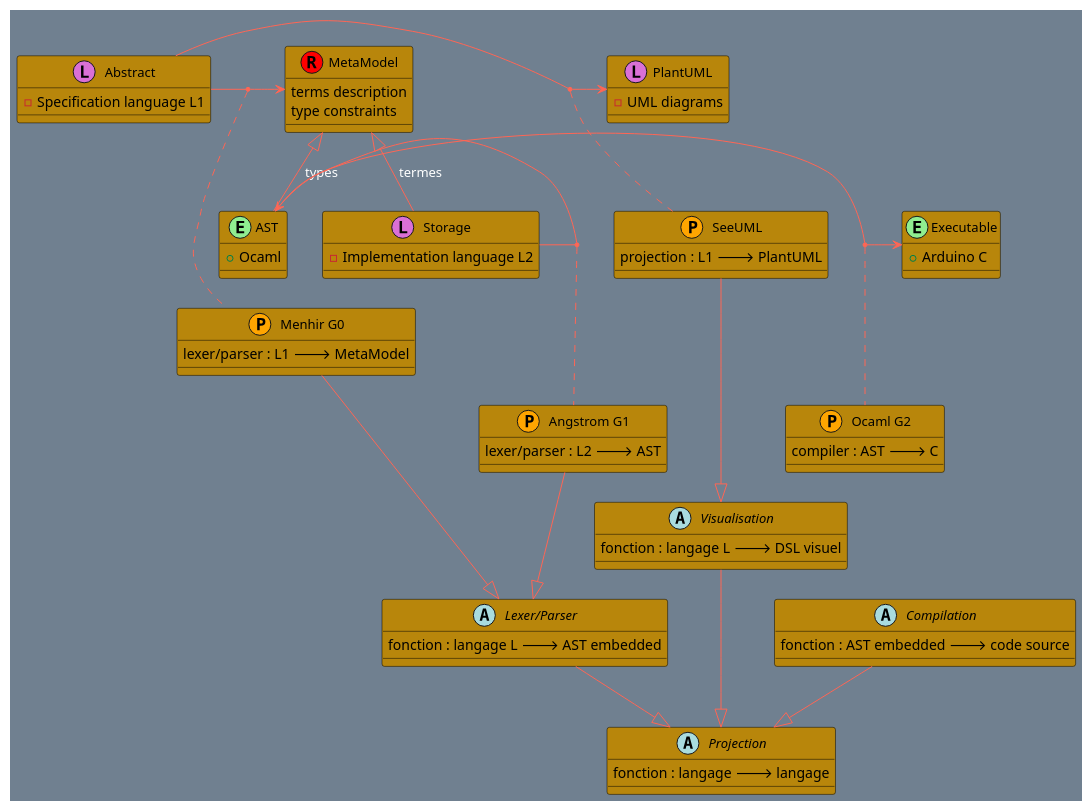
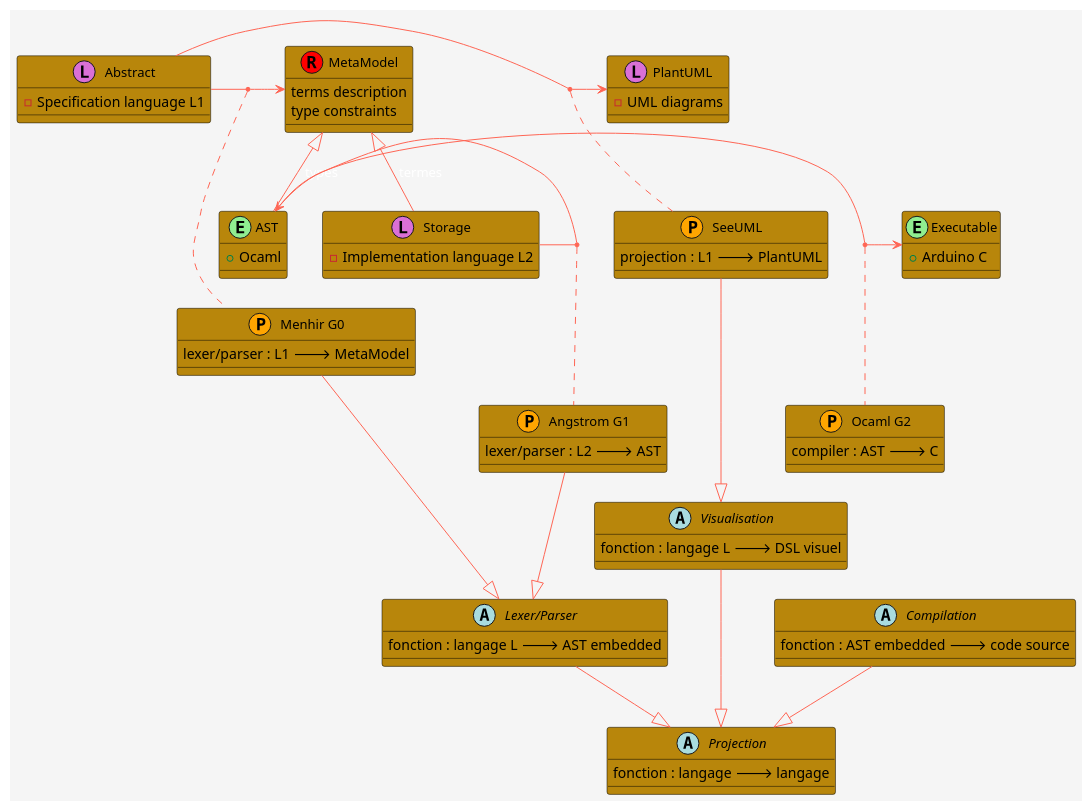
The diagram in lab_1/_code/step7/model-gen-model.puml (gliboc/sec-labs), drawn with PlantUML before and after one commit. The commit also changed 1 other file, not shown here.

Commit message:
Fix UML color

```diff
--- a/lab_1/_code/step7/model-gen-model.puml
+++ b/lab_1/_code/step7/model-gen-model.puml
@@ -1,106 +1,106 @@
 @startuml
 
-skinparam BackgroundColor SlateGray
+skinparam BackgroundColor  WhiteSmoke
 
 skinparam class {
 FontSize 13
 BackgroundColor<<Apache>> Red
 BorderColor<<Apache>> #FF6655
 FontName Droid Sans
 BorderColor black
 BackgroundColor DarkGoldenRod
 ArrowFontName Fira Code
 ArrowColor #FF6655
 ArrowFontColor #FFFFFF
 }
 
 ' DSL are with squares
 ' Embedded are with circles
 ' Compilers / Transpilations are with : ?
 
 class Abstract <<(L,orchid)>> {
     - Specification language L1
 }
 
 Abstract -> PlantUML
 (Abstract, PlantUML) . SeeUML
 SeeUML --|> Visualisation
 
 class SeeUML <<(P,orange)>> {
     projection : L1 🡒 PlantUML
 }
 
 
 
 
 class AST <<(E,lightgreen)>> {
     + Ocaml
 }
 
 AST --|> MetaModel : "types"
 
 
 class PlantUML <<(L,orchid)>> {
     - UML diagrams
 }
 
 
 class Executable <<(E,lightgreen)>> {
     + Arduino C
 }
 
 class Storage << (L,orchid) >> {
     - Implementation language L2
 }
 
 class "Menhir G0" <<(P,orange)>> {
     lexer/parser : L1 🡒 MetaModel
 }
 
 class MetaModel <<(R,red)>> {
     terms description
     type constraints
 }
 
 Abstract -> MetaModel
 (Abstract, MetaModel) . "Menhir G0"
 
 class "Angstrom G1" <<(P,orange)>> {
     lexer/parser : L2 🡒 AST
 }
 
 class "Ocaml G2" <<(P,orange)>> {
     compiler : AST 🡒 C
 }
 
 abstract class Projection {
     fonction : langage 🡒 langage
 }
 
 abstract class Visualisation {
     fonction : langage L 🡒 DSL visuel
 }
 
 abstract class "Lexer/Parser" {
     fonction : langage L 🡒 AST embedded
 }
 
 abstract class Compilation {
     fonction : AST embedded 🡒 code source
 }
 
 Compilation --|> Projection 
 Visualisation --|> Projection 
 "Lexer/Parser" --|> Projection
 
 "Menhir G0" --|> "Lexer/Parser"
 "Angstrom G1" --|> "Lexer/Parser"
 
 Storage -> AST 
 (Storage, AST) . "Angstrom G1"
 AST -> Executable
 (AST, Executable) . "Ocaml G2"
 
 MetaModel <|-- Storage : "termes"
 
 @enduml
```
